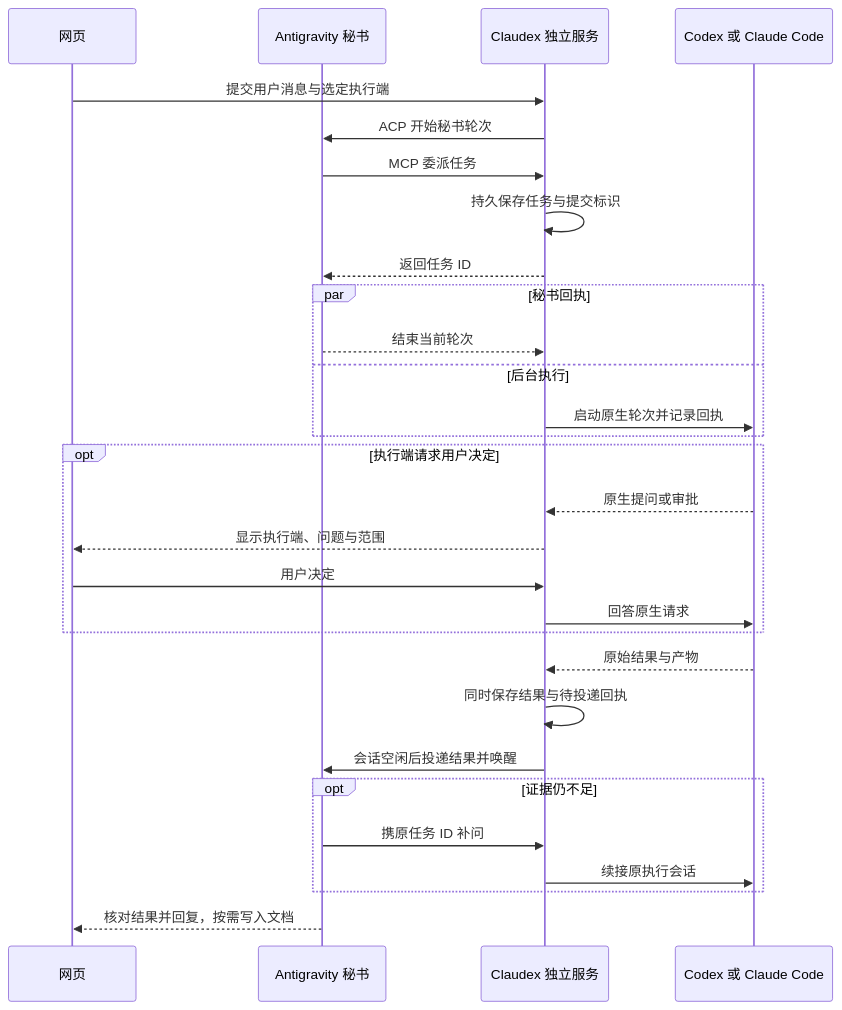
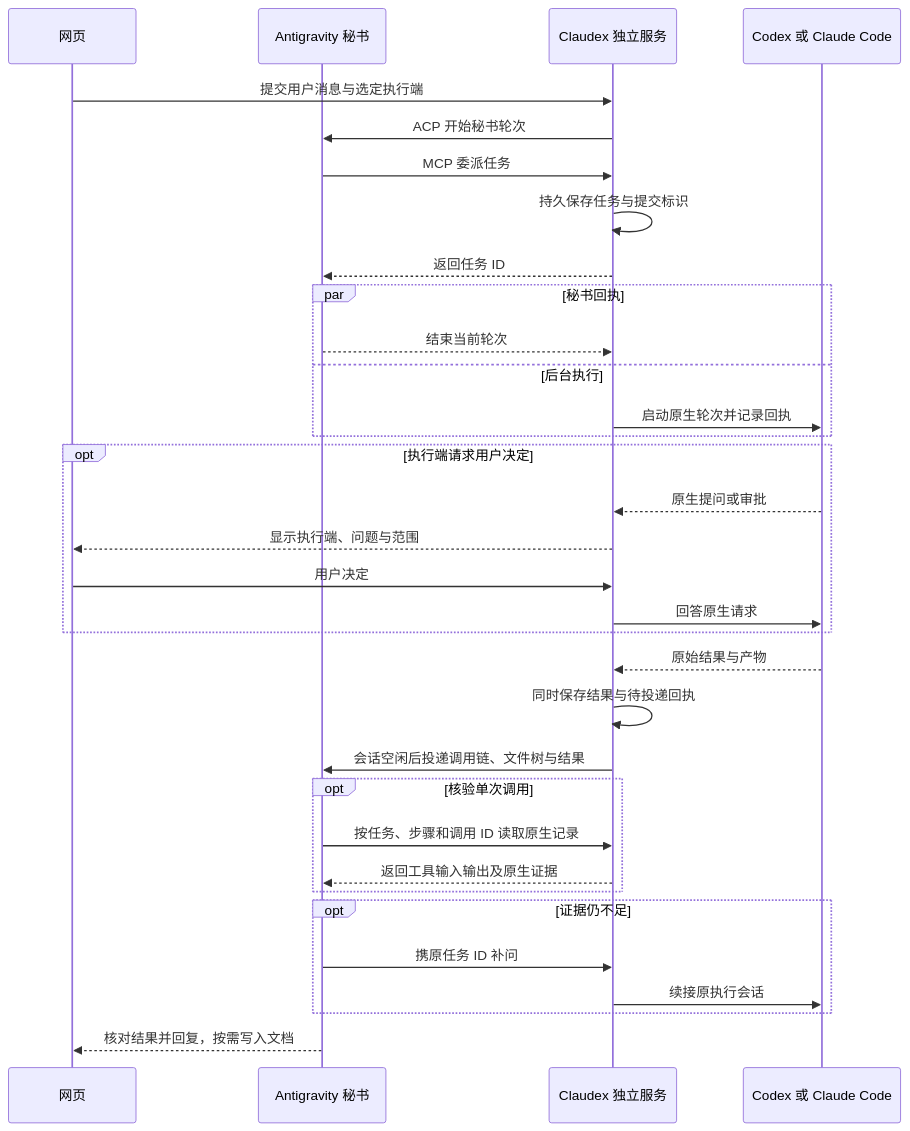
The second of 2 diagrams in docs/architecture/backends.md (hjd-hitsz/claudex-web), drawn with Mermaid before and after one commit. The commit also changed other lines of this file and 121 other files, not shown here.

````diff
--- a/docs/architecture/backends.md
+++ b/docs/architecture/backends.md
@@ -85,31 +89,35 @@
 ```mermaid
 sequenceDiagram
   participant Browser as 网页
   participant Agy as Antigravity 秘书
   participant Worker as Claudex 独立服务
   participant Executor as Codex 或 Claude Code
   Browser->>Worker: 提交用户消息与选定执行端
   Worker->>Agy: ACP 开始秘书轮次
   Agy->>Worker: MCP 委派任务
   Worker->>Worker: 持久保存任务与提交标识
   Worker-->>Agy: 返回任务 ID
   par 秘书回执
     Agy-->>Worker: 结束当前轮次
   and 后台执行
     Worker->>Executor: 启动原生轮次并记录回执
   end
   opt 执行端请求用户决定
     Executor-->>Worker: 原生提问或审批
     Worker-->>Browser: 显示执行端、问题与范围
     Browser->>Worker: 用户决定
     Worker->>Executor: 回答原生请求
   end
   Executor-->>Worker: 原始结果与产物
   Worker->>Worker: 同时保存结果与待投递回执
-  Worker->>Agy: 会话空闲后投递结果并唤醒
+  Worker->>Agy: 会话空闲后投递调用链、文件树与结果
+  opt 核验单次调用
+    Agy->>Worker: 按任务、步骤和调用 ID 读取原生记录
+    Worker-->>Agy: 返回工具输入输出及原生证据
+  end
   opt 证据仍不足
     Agy->>Worker: 携原任务 ID 补问
     Worker->>Executor: 续接原执行会话
   end
   Agy-->>Browser: 核对结果并回复，按需写入文档
 ```
````
